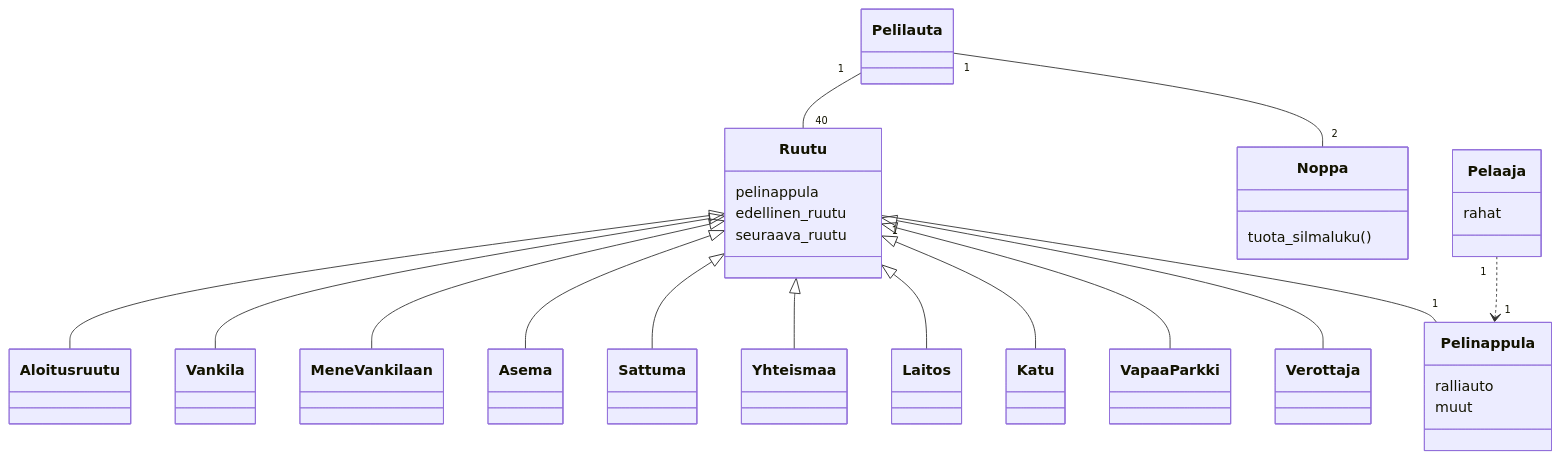
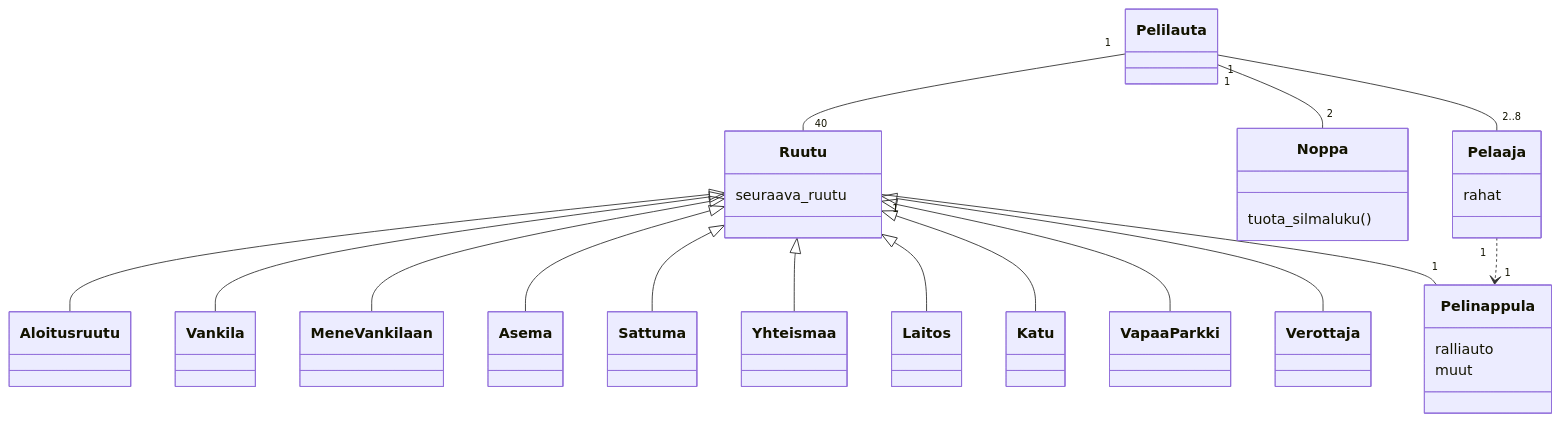
Before and after one commit to Wincewind/ot-harjoitustyo: the diagram in laskarit/viikko3/monopoli.md, drawn with Mermaid.

````diff
--- a/laskarit/viikko3/monopoli.md
+++ b/laskarit/viikko3/monopoli.md
@@ -3,52 +3,51 @@
 ```mermaid
  classDiagram
       Ruutu <|-- Aloitusruutu
       Ruutu <|-- Vankila
       Ruutu <|-- MeneVankilaan
       Ruutu <|-- Asema
       Ruutu <|-- Sattuma
       Ruutu <|-- Yhteismaa
       Ruutu <|-- Laitos
       Ruutu <|-- Katu
       Ruutu <|-- VapaaParkki
       Ruutu <|-- Verottaja
       Pelilauta "1" -- "40" Ruutu
       Pelilauta "1" -- "2" Noppa
       Pelaaja "1" ..> "1" Pelinappula
       Ruutu "1" -- "1" Pelinappula
+      Pelilauta "1" -- "2..8" Pelaaja
       
       
       class Pelilauta{
       }
       
       class Aloitusruutu      
       class Vankila
       class Sattuma
       class Yhteismaa
       class MeneVankilaan
       class Asema
       class Laitos
       class Katu
       class Verottaja
       class VapaaParkki
       
       class Pelaaja{
         rahat
       }
       
       class Pelinappula{
         ralliauto
         muut
       }
       
       class Noppa{
         tuota_silmaluku()
       }
       
       class Ruutu{
-        pelinappula
-        edellinen_ruutu
         seuraava_ruutu
       }
       
 ```
````
